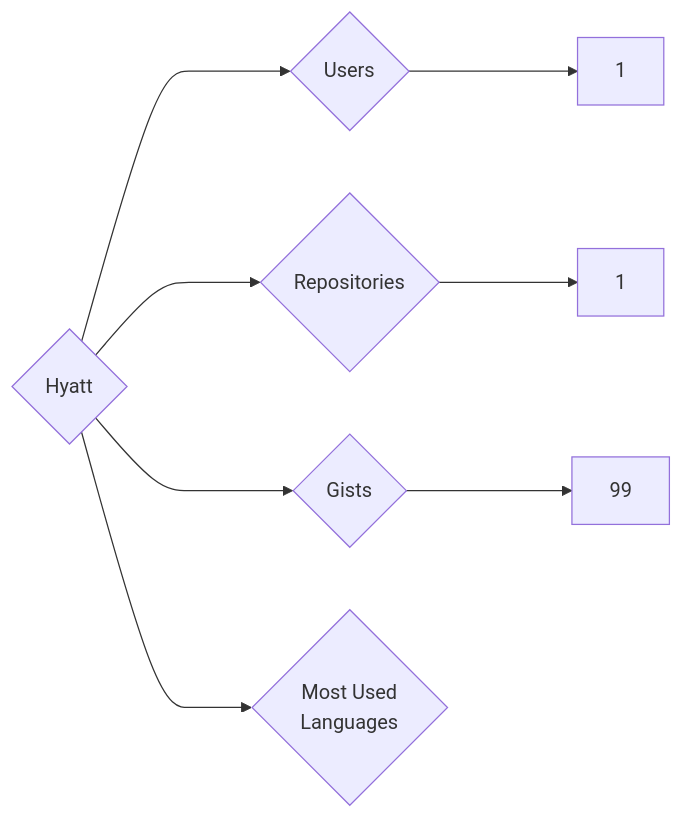
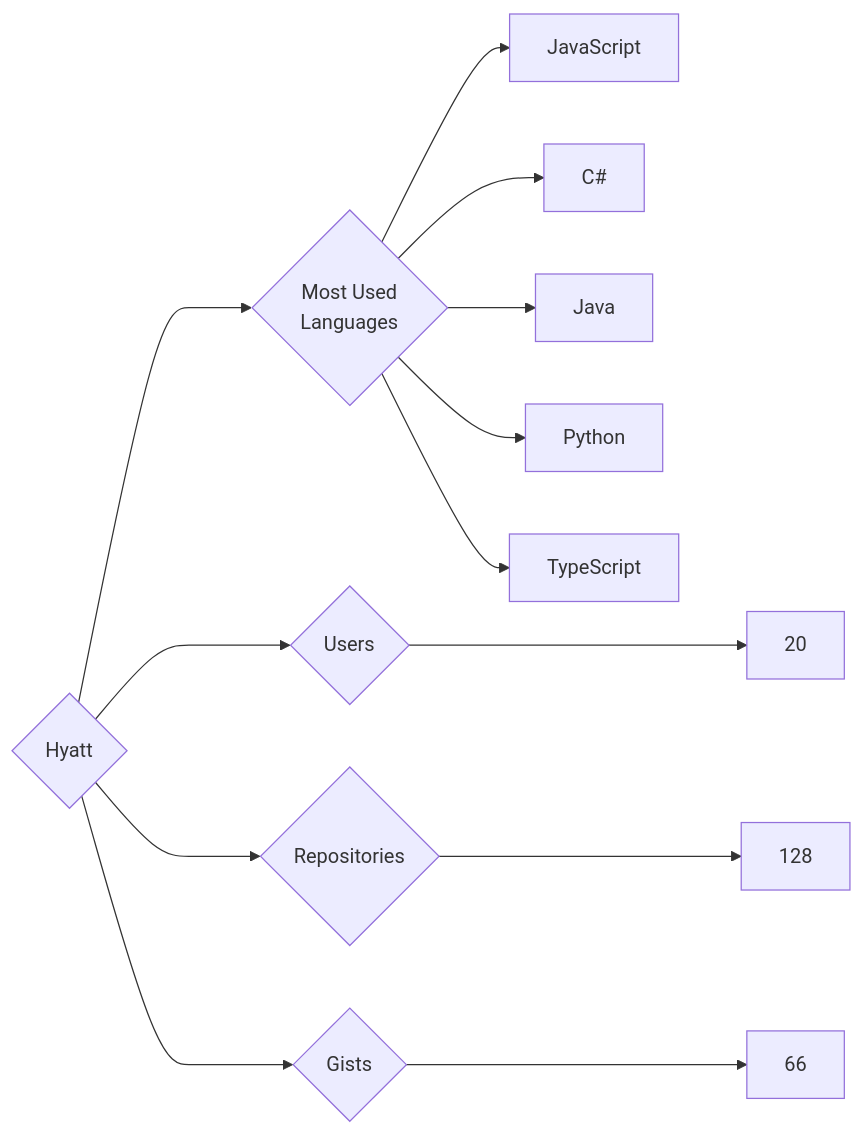
One commit to trickest/insiders changed the diagram in targets/Hyatt/README.md. Above: the diagram before and after it, drawn with Mermaid. The commit also changed 916 other files, not shown here.

````diff
--- a/targets/Hyatt/README.md
+++ b/targets/Hyatt/README.md
@@ -3,8 +3,13 @@
 ```mermaid
 graph LR
 COMPANY_NAME{Hyatt}
-COMPANY_NAME ---> U{Users} ---> UN[1]
-COMPANY_NAME ---> R{Repositories} ---> RN[1]
-COMPANY_NAME ---> G{Gists} ---> GN[99]
+COMPANY_NAME ---> U{Users} ---> UN[20]
+COMPANY_NAME ---> R{Repositories} ---> RN[128]
+COMPANY_NAME ---> G{Gists} ---> GN[66]
 COMPANY_NAME ---> ML{Most Used<br>Languages}
+ML --> JavaScript[JavaScript]
+ML --> C#[C#]
+ML --> Java[Java]
+ML --> Python[Python]
+ML --> TypeScript[TypeScript]
 ```
````
